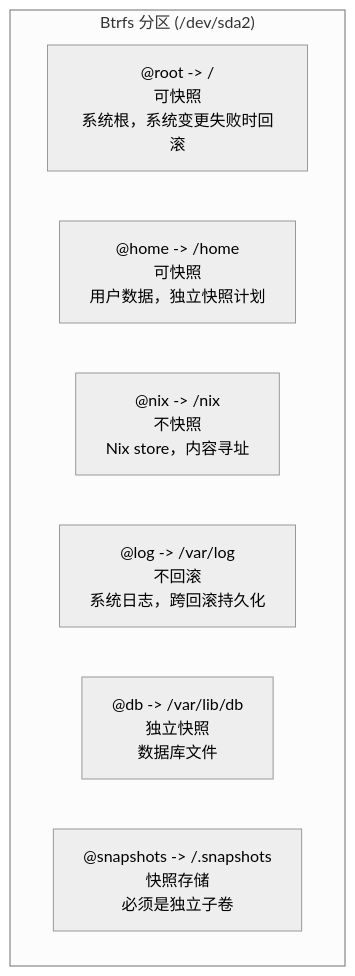
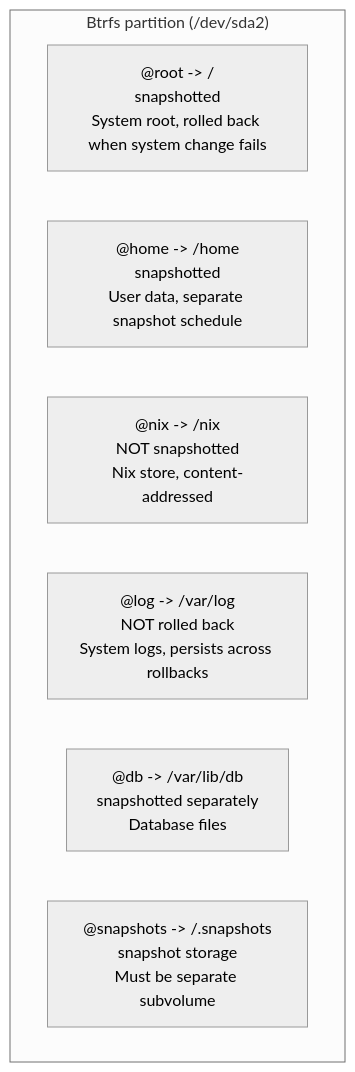
Before and after one commit to stars-labs/self-healing-nixos-infra: the diagram in i18n/zh/docusaurus-plugin-content-docs/current/02-btrfs-layout.md, drawn with Mermaid (neutral theme). The commit also changed other lines of this file and 15 other files, not shown here.

First line of the commit message:
Fix Mermaid parse errors in Chinese docs

````diff
--- a/i18n/zh/docusaurus-plugin-content-docs/current/02-btrfs-layout.md
+++ b/i18n/zh/docusaurus-plugin-content-docs/current/02-btrfs-layout.md
@@ -27,11 +27,11 @@
 ```mermaid
 flowchart TB
-    subgraph BtrfsPart["Btrfs 分区 (/dev/sda2)"]
-        A["@root -> /<br/>可快照<br/>系统根，系统变更失败时回滚"]
-        B["@home -> /home<br/>可快照<br/>用户数据，独立快照计划"]
-        C["@nix -> /nix<br/>不快照<br/>Nix store，内容寻址"]
-        D["@log -> /var/log<br/>不回滚<br/>系统日志，跨回滚持久化"]
-        E["@db -> /var/lib/db<br/>独立快照<br/>数据库文件"]
-        F["@snapshots -> /.snapshots<br/>快照存储<br/>必须是独立子卷"]
+    subgraph Btrfs["Btrfs partition (/dev/sda2)"]
+        A["@root -> /<br/>snapshotted<br/>System root, rolled back when system change fails"]
+        B["@home -> /home<br/>snapshotted<br/>User data, separate snapshot schedule"]
+        C["@nix -> /nix<br/>NOT snapshotted<br/>Nix store, content-addressed"]
+        D["@log -> /var/log<br/>NOT rolled back<br/>System logs, persists across rollbacks"]
+        E["@db -> /var/lib/db<br/>snapshotted separately<br/>Database files"]
+        F["@snapshots -> /.snapshots<br/>snapshot storage<br/>Must be separate subvolume"]
     end
 ```
````
